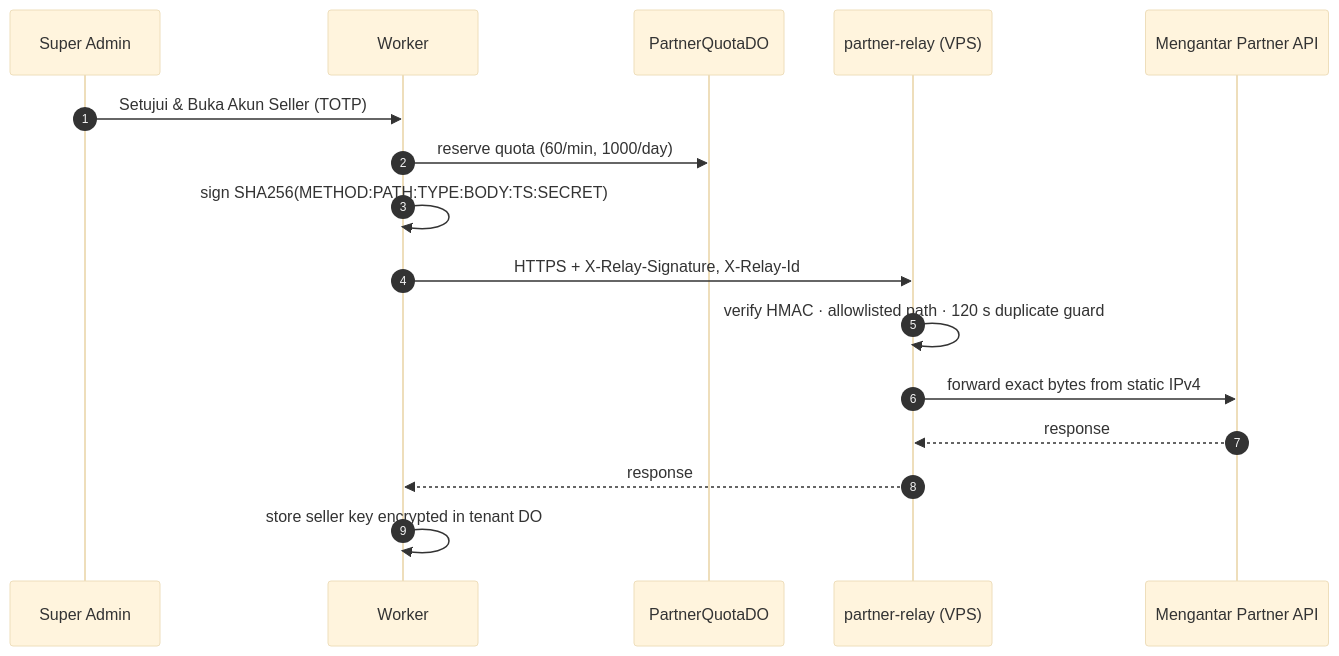
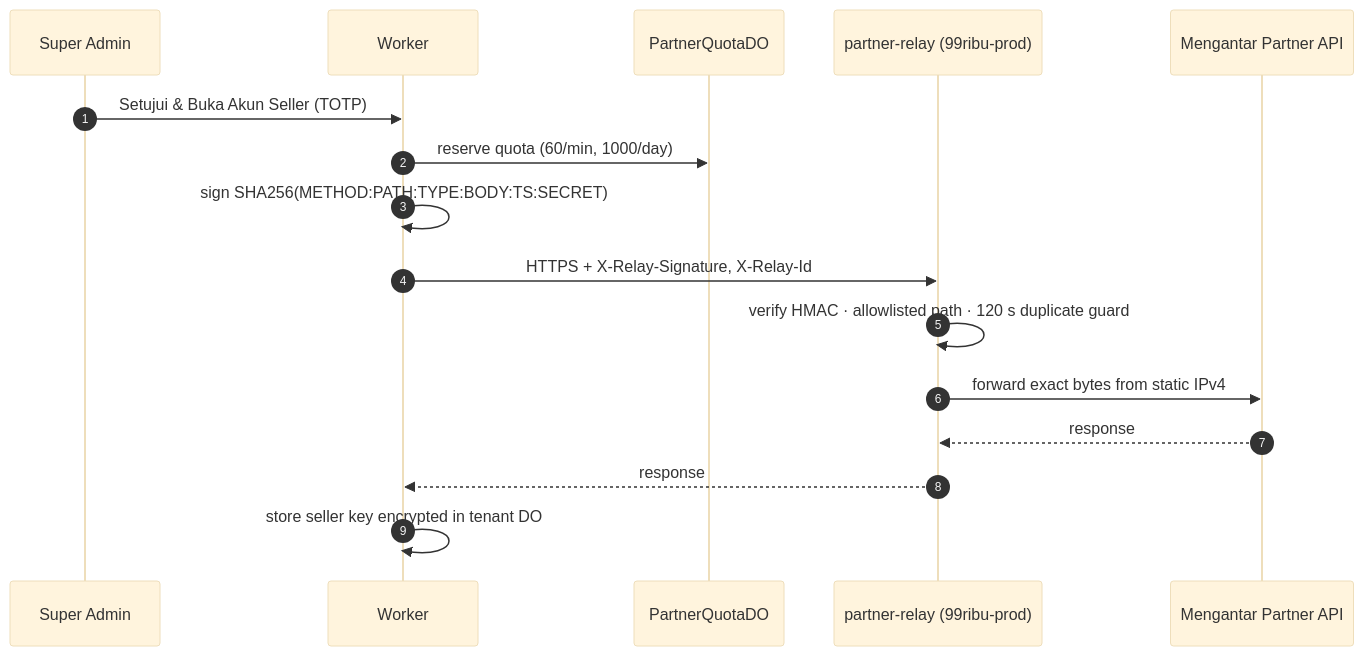
Before and after one commit to ongkipro/geraiexpress-cfv2: diagram 13 of 14 in docs/DIAGRAMS.md, drawn with Mermaid (base theme). The commit also changed other lines of this file and 87 other files, not shown here.

First line of the commit message:
feat: move the tenant zone to geraimitra.com and co-host the relay on 99ribu-prod

````diff
--- a/docs/DIAGRAMS.md
+++ b/docs/DIAGRAMS.md
@@ -529,18 +529,18 @@
 ```mermaid
 sequenceDiagram
     autonumber
     participant SA as Super Admin
     participant W as Worker
     participant P as PartnerQuotaDO
-    participant R as partner-relay (VPS)
+    participant R as partner-relay (99ribu-prod)
     participant MP as Mengantar Partner API
     SA->>W: Setujui & Buka Akun Seller (TOTP)
     W->>P: reserve quota (60/min, 1000/day)
     W->>W: sign SHA256(METHOD:PATH:TYPE:BODY:TS:SECRET)
     W->>R: HTTPS + X-Relay-Signature, X-Relay-Id
     R->>R: verify HMAC · allowlisted path · 120 s duplicate guard
     R->>MP: forward exact bytes from static IPv4
     MP-->>R: response
     R-->>W: response
     W->>W: store seller key encrypted in tenant DO
 ```
````
